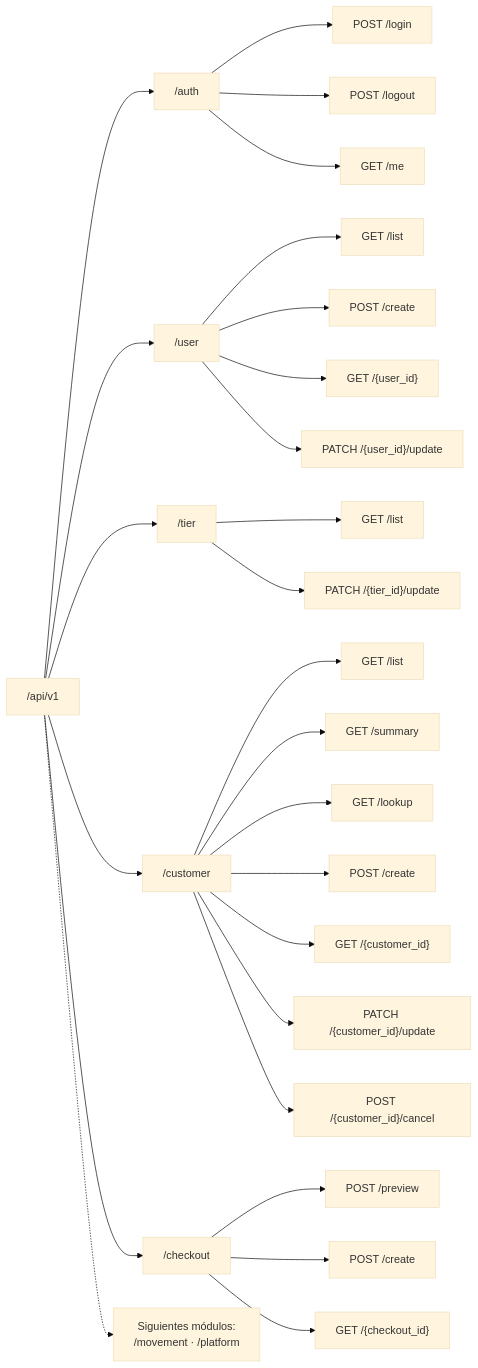
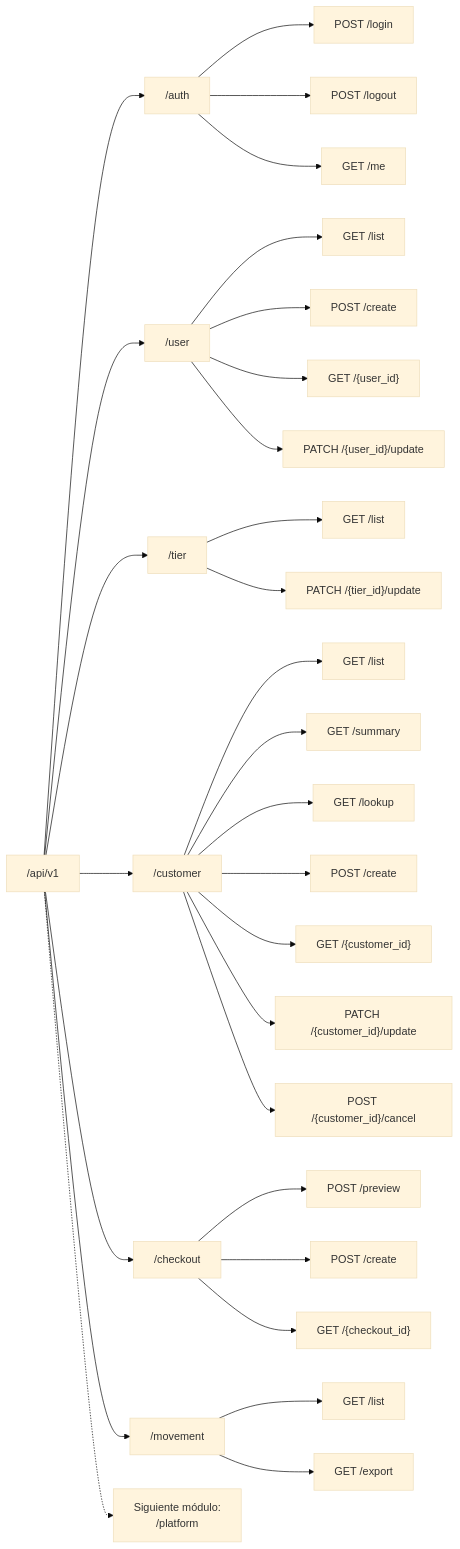
Before and after one commit to AGA-Studio/Member-Web: the sixth of 13 diagrams in docs/ARCHITECTURE.md, drawn with Mermaid (base theme). The commit also changed other lines of this file and 1 other file, not shown here.

Commit message:
docs: documentar el módulo de movimientos

````diff
--- a/docs/ARCHITECTURE.md
+++ b/docs/ARCHITECTURE.md
@@ -345,33 +359,37 @@
 ```mermaid
 flowchart LR
     ROOT["/api/v1"] --> AUTH["/auth"]
     ROOT --> USER["/user"]
     ROOT --> TIER["/tier"]
     ROOT --> CUST["/customer"]
     ROOT --> CHK["/checkout"]
-    ROOT -.-> NEXT["Siguientes módulos:<br/>/movement · /platform"]
+    ROOT --> MOV["/movement"]
+    ROOT -.-> NEXT["Siguiente módulo:<br/>/platform"]
 
     AUTH --> L["POST /login"]
     AUTH --> LO["POST /logout"]
     AUTH --> ME["GET /me"]
 
     USER --> UL["GET /list"]
     USER --> UC["POST /create"]
     USER --> UG["GET /{user_id}"]
     USER --> UU["PATCH /{user_id}/update"]
 
     TIER --> TL["GET /list"]
     TIER --> TU["PATCH /{tier_id}/update"]
 
     CUST --> CL["GET /list"]
     CUST --> CS["GET /summary"]
     CUST --> CK["GET /lookup"]
     CUST --> CC["POST /create"]
     CUST --> CG["GET /{customer_id}"]
     CUST --> CU["PATCH /{customer_id}/update"]
     CUST --> CX["POST /{customer_id}/cancel"]
 
     CHK --> KP["POST /preview"]
     CHK --> KC["POST /create"]
     CHK --> KG["GET /{checkout_id}"]
+
+    MOV --> VL["GET /list"]
+    MOV --> VE["GET /export"]
 ```
````
